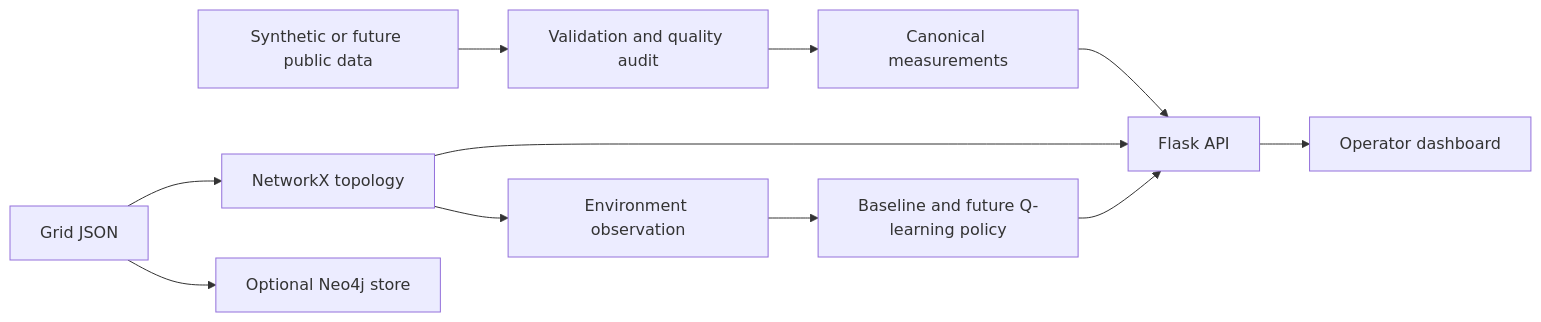
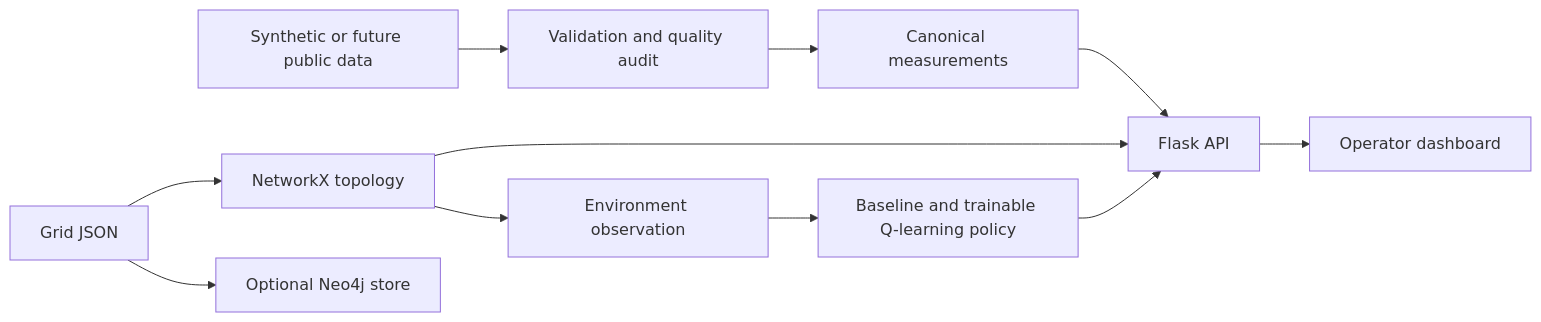
One commit to shrankhalalala/PRISM changed the diagram in README.md. Above: the diagram before and after it, drawn with Mermaid. The commit also changed other lines of this file and 28 other files, not shown here.

````diff
--- a/README.md
+++ b/README.md
@@ -54,13 +62,13 @@
 ```mermaid
 flowchart LR
     A[Synthetic or future public data] --> B[Validation and quality audit]
     B --> C[Canonical measurements]
     D[Grid JSON] --> E[NetworkX topology]
     D --> F[Optional Neo4j store]
     E --> G[Environment observation]
-    G --> H[Baseline and future Q-learning policy]
+    G --> H[Baseline and trainable Q-learning policy]
     C --> I[Flask API]
     E --> I
     H --> I
     I --> J[Operator dashboard]
 ```
````
